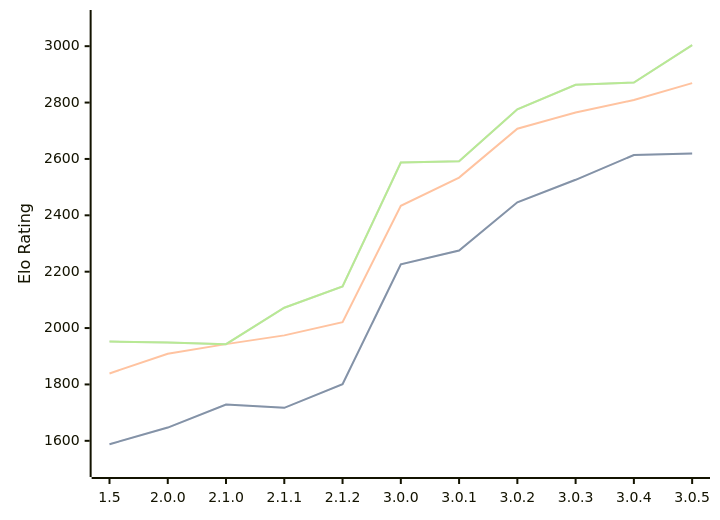
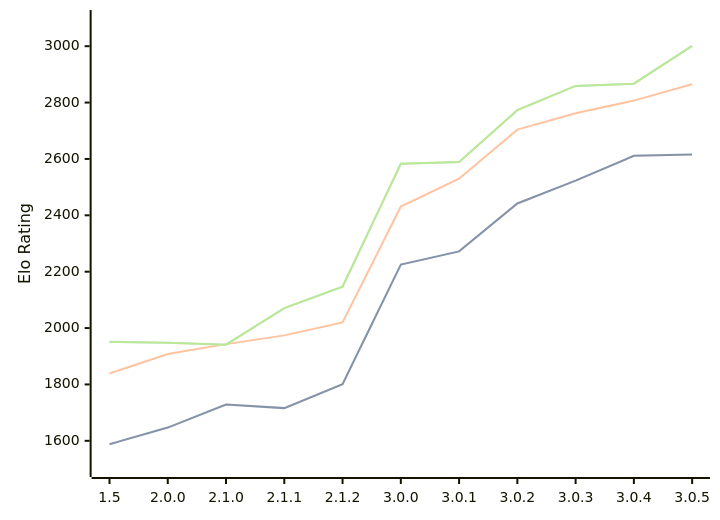
One commit to computer-chess-index/cci changed the diagram in engines/Rudim.md. Above: the diagram before and after it, drawn with Mermaid. The commit also changed other lines of this file, not shown here.

Commit message:
Update CCI Ratings (ELO VLTC) - 2026-08-12

````diff
--- a/engines/Rudim.md
+++ b/engines/Rudim.md
@@ -45,11 +45,11 @@
 ```mermaid
 %%{init: {"theme":"base","themeVariables":{"seriesColors:['#a3a3a3','#222221','#faa371']}}}%%
 xychart-beta
   x-axis ["1.5", "2.0.0", "2.1.0", "2.1.1", "2.1.2", "3.0.0", "3.0.1", "3.0.2", "3.0.3", "3.0.4", "3.0.5"]
   y-axis "Elo Rating" 1500 --> 3100
-  line "STC (8.0+0.08s)" [1588, 1647, 1729, 1717, 1801, 2226, 2275, 2446, 2526, 2614, 2619]
-  line "STC (8.0+0.08s)" [1588, 1647, 1729, 1717, 1801, 2226, 2275, 2446, 2526, 2614, 2619]
-  line "LTC (60.0+0.60s)" [1839, 1909, 1943, 1974, 2021, 2434, 2534, 2707, 2765, 2809, 2869]
-  line "VLTC (2m24s+1.12s)" [1952, 1949, 1943, 2072, 2148, 2587, 2592, 2776, 2863, 2871, 3004]
-  line "VLTC (2m24s+1.12s)" [1952, 1949, 1943, 2072, 2148, 2587, 2592, 2776, 2863, 2871, 3004]
+  line "STC (8.0+0.08s)" [1588, 1647, 1729, 1716, 1801, 2225, 2272, 2442, 2523, 2611, 2616]
+  line "STC (8.0+0.08s)" [1588, 1647, 1729, 1716, 1801, 2225, 2272, 2442, 2523, 2611, 2616]
+  line "LTC (60.0+0.60s)" [1839, 1908, 1943, 1974, 2020, 2431, 2530, 2704, 2762, 2807, 2865]
+  line "VLTC (2m24s+1.12s)" [1951, 1948, 1941, 2071, 2147, 2583, 2589, 2773, 2859, 2867, 3001]
+  line "VLTC (2m24s+1.12s)" [1951, 1948, 1941, 2071, 2147, 2583, 2589, 2773, 2859, 2867, 3001]
 ```
````
